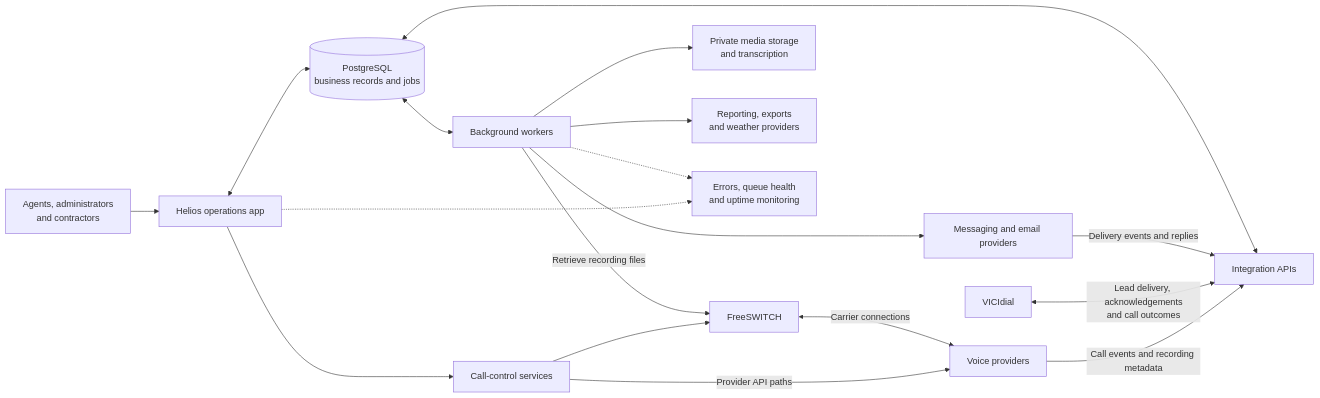
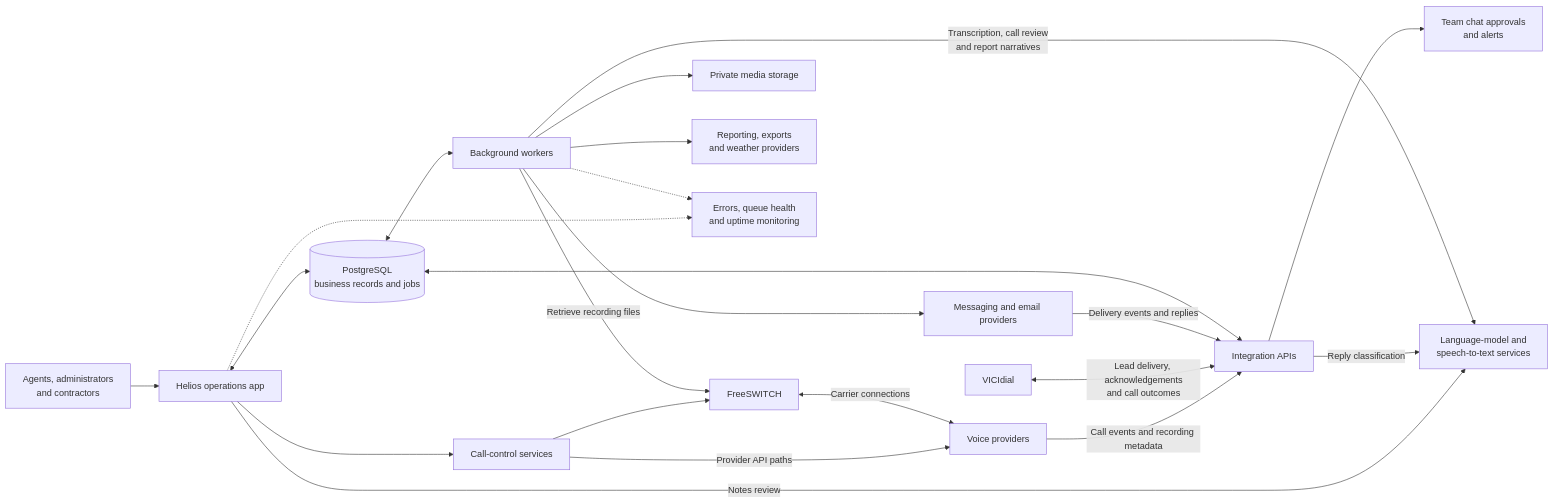
Before and after one commit to daniellopezq/helios-portfolio: the diagram in README.md, drawn with Mermaid. The commit also changed other lines of this file, not shown here.

````diff
--- a/README.md
+++ b/README.md
@@ -23,20 +23,24 @@
 ```mermaid
 flowchart LR
     Team["Agents, administrators<br/>and contractors"] --> App["Helios operations app"]
     App <--> DB[("PostgreSQL<br/>business records and jobs")]
     App --> Voice["Call-control services"]
     Voice --> FS["FreeSWITCH"]
     Voice -->|"Provider API paths"| Carriers["Voice providers"]
     FS <-->|"Carrier connections"| Carriers
     Carriers -->|"Call events and recording metadata"| API
     Vici["VICIdial"] <-->|"Lead delivery, acknowledgements<br/>and call outcomes"| API["Integration APIs"]
     API <--> DB
     DB <--> Workers["Background workers"]
     Workers --> Comms["Messaging and email providers"]
     Comms -->|"Delivery events and replies"| API
     Workers -->|"Retrieve recording files"| FS
-    Workers --> Media["Private media storage<br/>and transcription"]
+    Workers --> Media["Private media storage"]
+    App -->|"Notes review"| AI["Language-model and<br/>speech-to-text services"]
+    API -->|"Reply classification"| AI
+    Workers -->|"Transcription, call review<br/>and report narratives"| AI
+    API --> Chat["Team chat approvals<br/>and alerts"]
     Workers --> Context["Reporting, exports<br/>and weather providers"]
     App -.-> Observe["Errors, queue health<br/>and uptime monitoring"]
     Workers -.-> Observe
 ```
````
